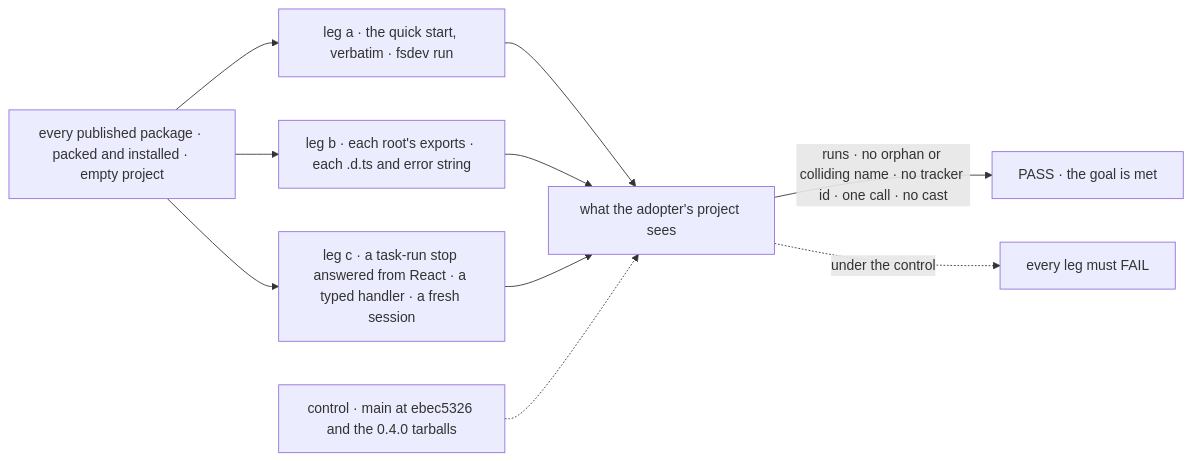
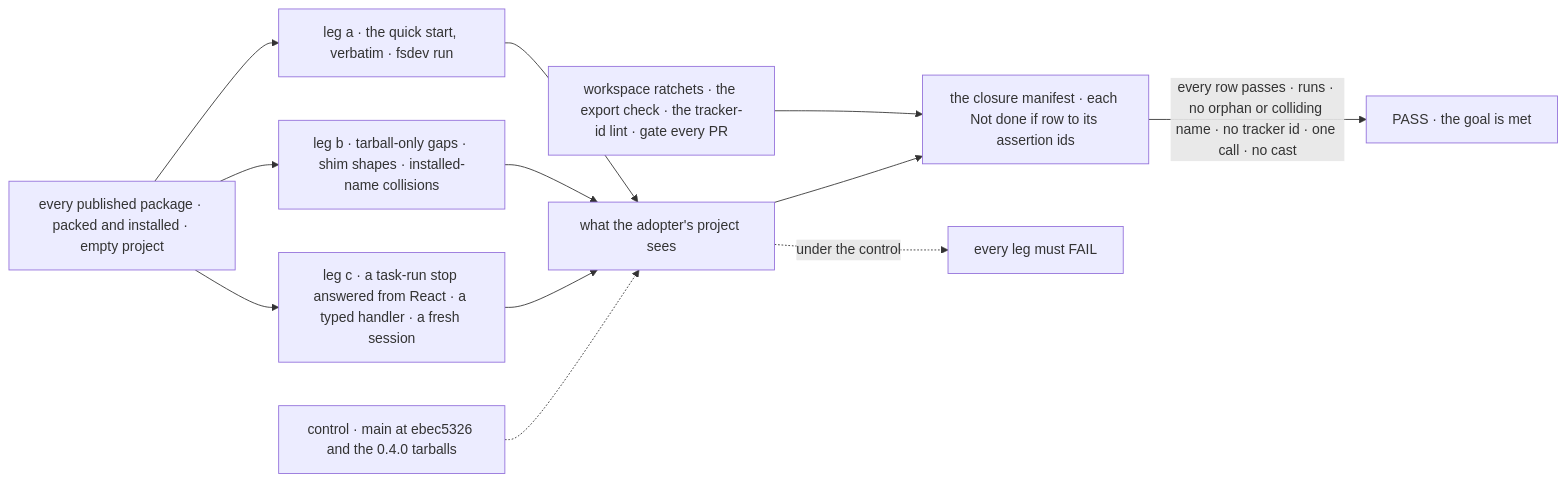
The first of 2 diagrams in specs/epics/FIX-2447/SPEC.md (fixpoint-labs/flow-state-dev), drawn with Mermaid before and after one commit. The commit also changed other lines of this file and 4 other files, not shown here.

````diff
--- a/specs/epics/FIX-2447/SPEC.md
+++ b/specs/epics/FIX-2447/SPEC.md
@@ -39,12 +39,14 @@
 ```mermaid
 flowchart LR
+  W["workspace ratchets · the export check · the tracker-id lint · gate every PR"] --> M["the closure manifest · each Not done if row to its assertion ids"]
   A["every published package · packed and installed · empty project"] --> L1["leg a · the quick start, verbatim · fsdev run"]
-  A --> L2["leg b · each root's exports · each .d.ts and error string"]
+  A --> L2["leg b · tarball-only gaps · shim shapes · installed-name collisions"]
   A --> L3["leg c · a task-run stop answered from React · a typed handler · a fresh session"]
   L1 --> T["what the adopter's project sees"]
   L2 --> T
   L3 --> T
-  T -->|"runs · no orphan or colliding name · no tracker id · one call · no cast"| P["PASS · the goal is met"]
+  T --> M
+  M -->|"every row passes · runs · no orphan or colliding name · no tracker id · one call · no cast"| P["PASS · the goal is met"]
   C["control · main at ebec5326 and the 0.4.0 tarballs"] -.-> T
   T -.->|"under the control"| F["every leg must FAIL"]
 ```
````
